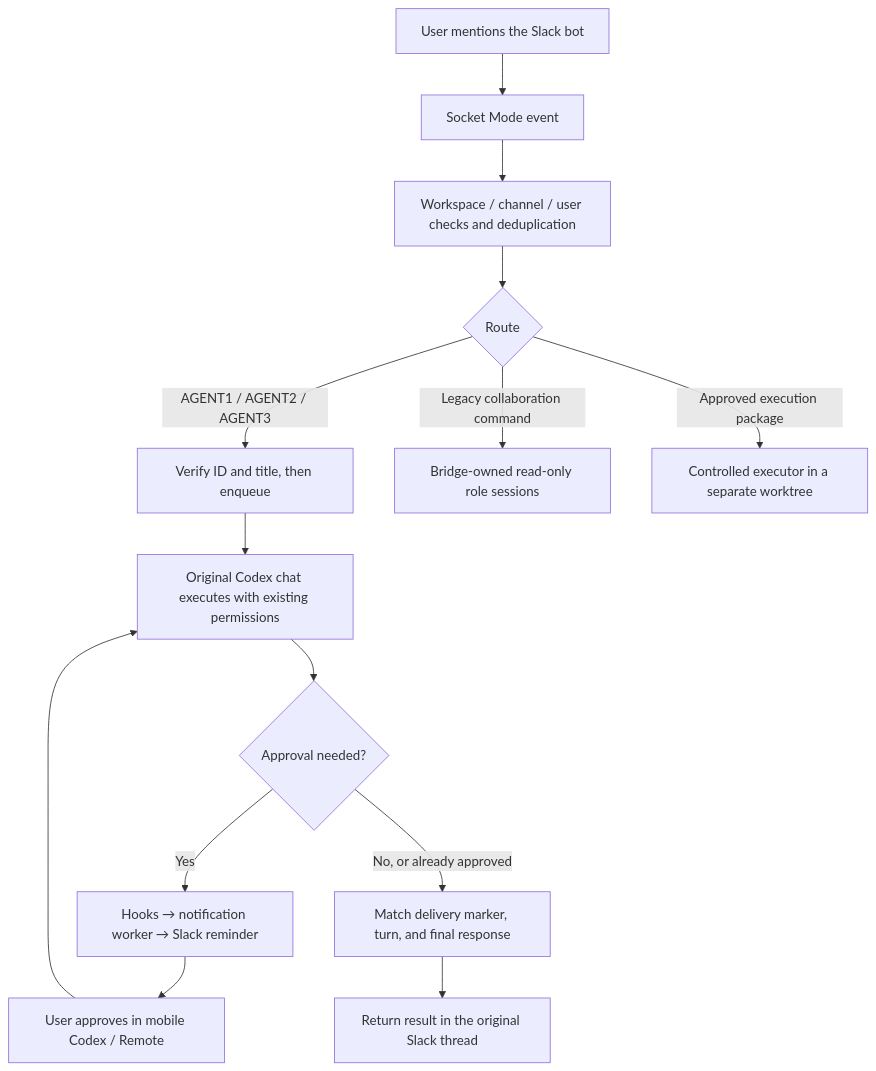
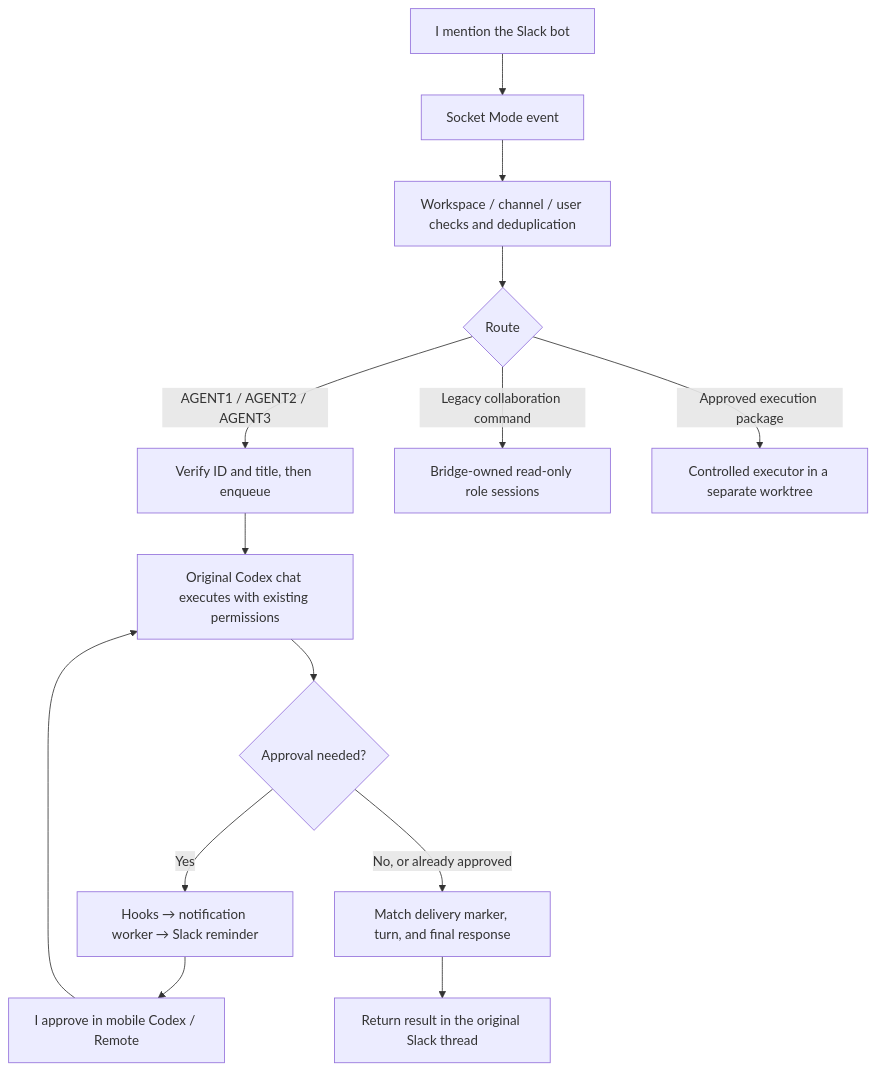
The diagram in docs/en/01-process.md (santonear/Codex_Slack_Bridge_Win), drawn with Mermaid before and after one commit. The commit also changed other lines of this file and 1 other file, not shown here.

````diff
--- a/docs/en/01-process.md
+++ b/docs/en/01-process.md
@@ -10,16 +11,16 @@
 ```mermaid
 flowchart TD
-    U[User mentions the Slack bot] --> S[Socket Mode event]
+    U[I mention the Slack bot] --> S[Socket Mode event]
     S --> V[Workspace / channel / user checks and deduplication]
     V --> R{Route}
     R -->|AGENT1 / AGENT2 / AGENT3| Q[Verify ID and title, then enqueue]
     Q --> C[Original Codex chat executes with existing permissions]
     C --> A{Approval needed?}
     A -->|Yes| H[Hooks → notification worker → Slack reminder]
-    H --> M[User approves in mobile Codex / Remote]
+    H --> M[I approve in mobile Codex / Remote]
     M --> C
     A -->|No, or already approved| F[Match delivery marker, turn, and final response]
     F --> B[Return result in the original Slack thread]
     R -->|Legacy collaboration command| L[Bridge-owned read-only role sessions]
     R -->|Approved execution package| E[Controlled executor in a separate worktree]
 ```
````
